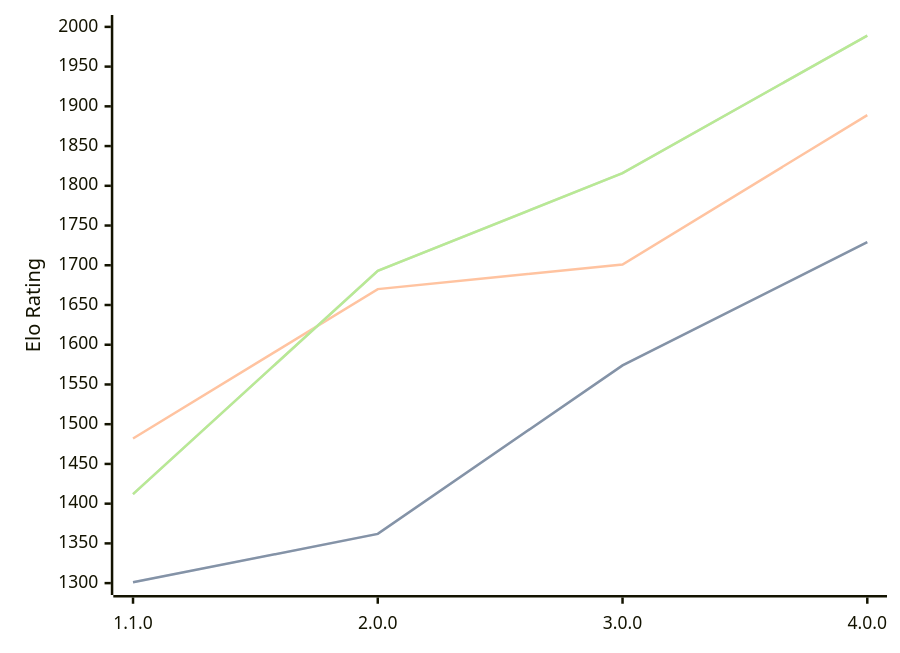
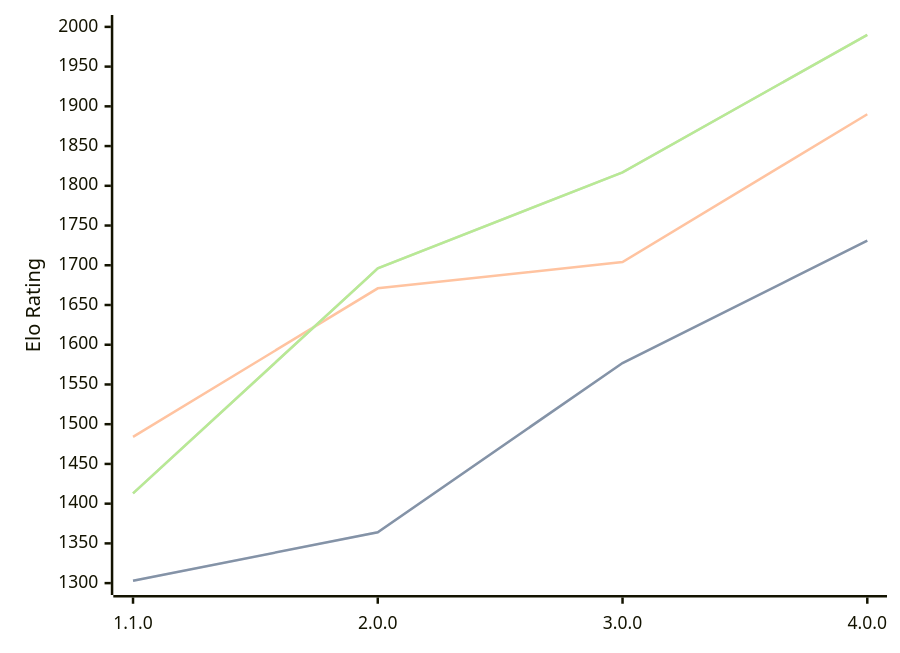
One commit to computer-chess-index/cci changed the diagram in engines/Laura.md. Above: the diagram before and after it, drawn with Mermaid. The commit also changed other lines of this file, not shown here.

Commit message:
Update CCI Ratings (ELO VLTC) - 2026-10-09

````diff
--- a/engines/Laura.md
+++ b/engines/Laura.md
@@ -34,11 +34,11 @@
 ```mermaid
 %%{init: {"theme":"base","themeVariables":{"seriesColors:['#a3a3a3','#222221','#faa371']}}}%%
 xychart-beta
   x-axis ["1.1.0", "2.0.0", "3.0.0", "4.0.0"]
   y-axis "Elo Rating" 1300 --> 2000
-  line "" [1301, 1362, 1574, 1729]
-  line "STC (8.0+0.08s)" [1301, 1362, 1574, 1729]
-  line "LTC (60.0+0.60s)" [1482, 1670, 1701, 1889]
-  line "" [1412, 1693, 1816, 1989]
-  line "VLTC (2m24s+1.12s)" [1412, 1693, 1816, 1989]
+  line "" [1303, 1364, 1577, 1731]
+  line "STC (8.0+0.08s)" [1303, 1364, 1577, 1731]
+  line "LTC (60.0+0.60s)" [1484, 1671, 1704, 1890]
+  line "" [1413, 1696, 1817, 1990]
+  line "VLTC (2m24s+1.12s)" [1413, 1696, 1817, 1990]
 ```
````
